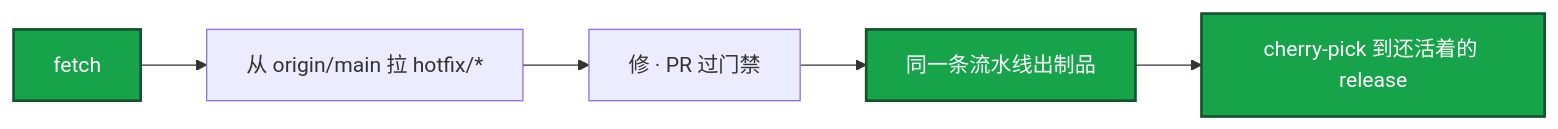
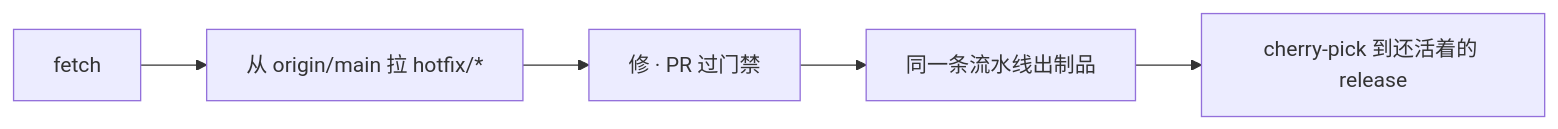
Before and after one commit to ml-cuizijun/LearnToLilith: the sixth of 7 diagrams in 05-工程化与自动化/01-Git工作流/知识点.md, drawn with Mermaid. The commit also changed other lines of this file and 107 other files, not shown here.

````diff
--- a/05-工程化与自动化/01-Git工作流/知识点.md
+++ b/05-工程化与自动化/01-Git工作流/知识点.md
@@ -467,10 +513,7 @@
 ```mermaid
 flowchart LR
     A[fetch] --> B[从 origin/main 拉 hotfix/*]
     B --> C[修 · PR 过门禁]
     C --> D[同一条流水线出制品]
     D --> E[cherry-pick 到还活着的 release]
-
-    classDef a fill:#16A34A,stroke:#14532D,stroke-width:2px,color:#fff
-    class A,D,E a
 ```
````
